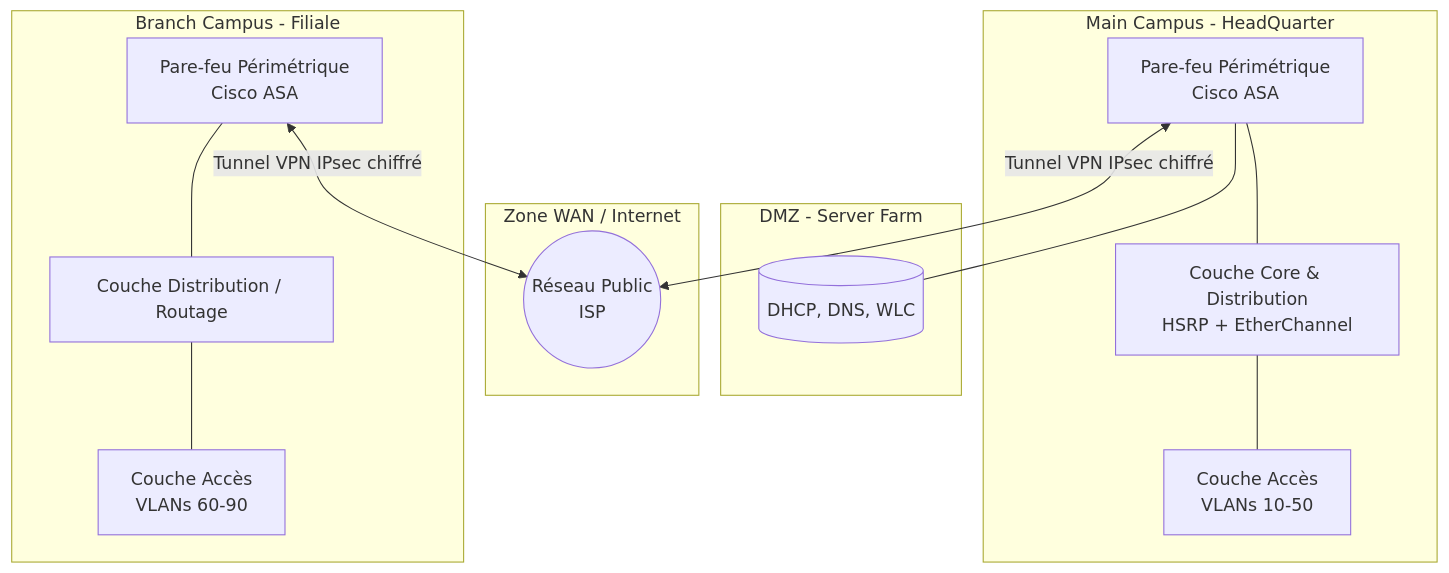
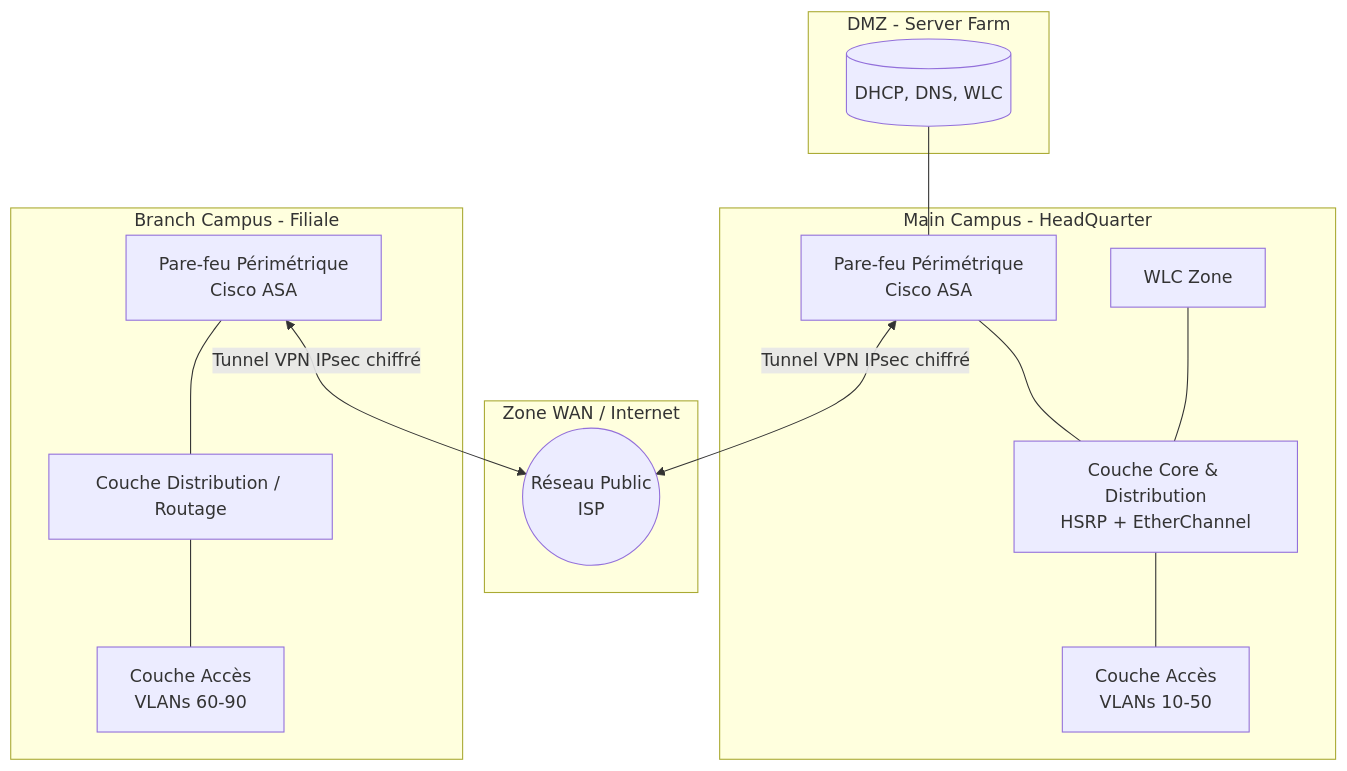
One commit to JulianKuypers/portfolio changed the diagram in Architecture Réseau Campus Sécurisée (Cisco).md. Above: the diagram before and after it, drawn with Mermaid. The commit also changed other lines of this file, not shown here.

Commit message:
Update Architecture Réseau Campus Sécurisée (Cisco).md

````diff
--- a/Architecture Réseau Campus Sécurisée (Cisco).md
+++ b/Architecture Réseau Campus Sécurisée (Cisco).md
@@ -5,37 +5,39 @@
 ```mermaid
 graph TD
-    %% 1. Le Campus Principal à gauche
+    %% 1. La DMZ en haut à gauche (rattachée au HQ)
+    subgraph DMZ [DMZ - Server Farm]
+        Servers[(DHCP, DNS, WLC)]
+    end
+
+    %% 2. Le Campus Principal à gauche
     subgraph HQ [Main Campus - HeadQuarter]
         ASA_HQ[Pare-feu Périmétrique<br/>Cisco ASA]
         Core[Couche Core & Distribution<br/>HSRP + EtherChannel]
         Acc[Couche Accès<br/>VLANs 10-50]
+        WLC[WLC Zone]
         
         ASA_HQ --- Core
+        WLC --- Core
         Core --- Acc
-    end
-
-    %% 2. La DMZ placée de l'autre côté (vers la droite / le centre)
-    subgraph DMZ [DMZ - Server Farm]
-        Servers[(DHCP, DNS, WLC)]
     end
 
     %% 3. Le Réseau WAN / Internet au milieu
     subgraph WAN [Zone WAN / Internet]
         ISP((Réseau Public<br/>ISP))
     end
 
     %% 4. La Filiale à droite
     subgraph Branch [Branch Campus - Filiale]
         ASA_BR[Pare-feu Périmétrique<br/>Cisco ASA]
         Dist_BR[Couche Distribution / Routage]
         Acc_BR[Couche Accès<br/>VLANs 60-90]
 
         ASA_BR --- Dist_BR
         Dist_BR --- Acc_BR
     end
 
-    %% 5. Connexions et flux logiques
-    ASA_HQ --- Servers
+    %% 5. Connexions finales
+    Servers --- ASA_HQ
     ASA_HQ <-->|Tunnel VPN IPsec chiffré| ISP
     ASA_BR <-->|Tunnel VPN IPsec chiffré| ISP
 ```
````
